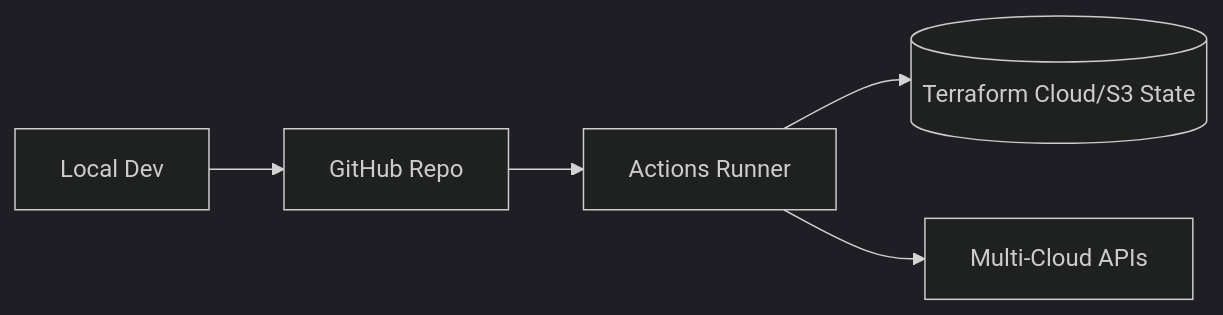
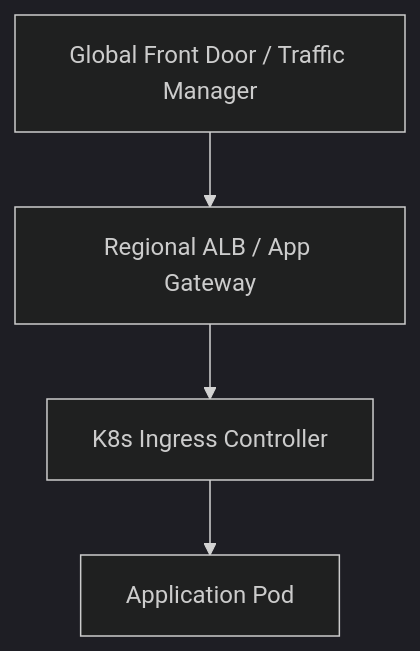
Before and after one commit to Devopstrio/terraform-enterprise-networking: the sixth of 11 diagrams in README.md, drawn with Mermaid (dark theme). The commit also changed other lines of this file, not shown here.

Commit message:
docs: implement 11+ professional architecture diagrams for enterprise networking

````diff
--- a/README.md
+++ b/README.md
@@ -103,7 +161,6 @@
 ```mermaid
-graph LR
-    Local[Local Dev] --> Git[GitHub Repo]
-    Git --> Actions[Actions Runner]
-    Actions --> State[(Terraform Cloud/S3 State)]
-    Actions --> Cloud[Multi-Cloud APIs]
+graph TD
+    Edge[Global Front Door / Traffic Manager] --> Regional[Regional ALB / App Gateway]
+    Regional --> Ingress[K8s Ingress Controller]
+    Ingress --> Pod[Application Pod]
 ```
````
